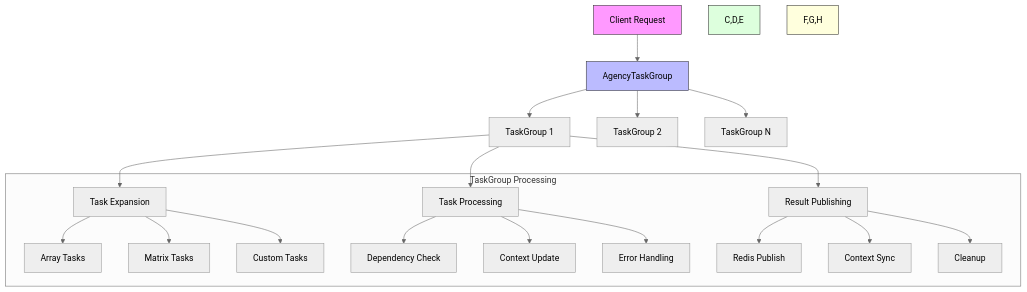
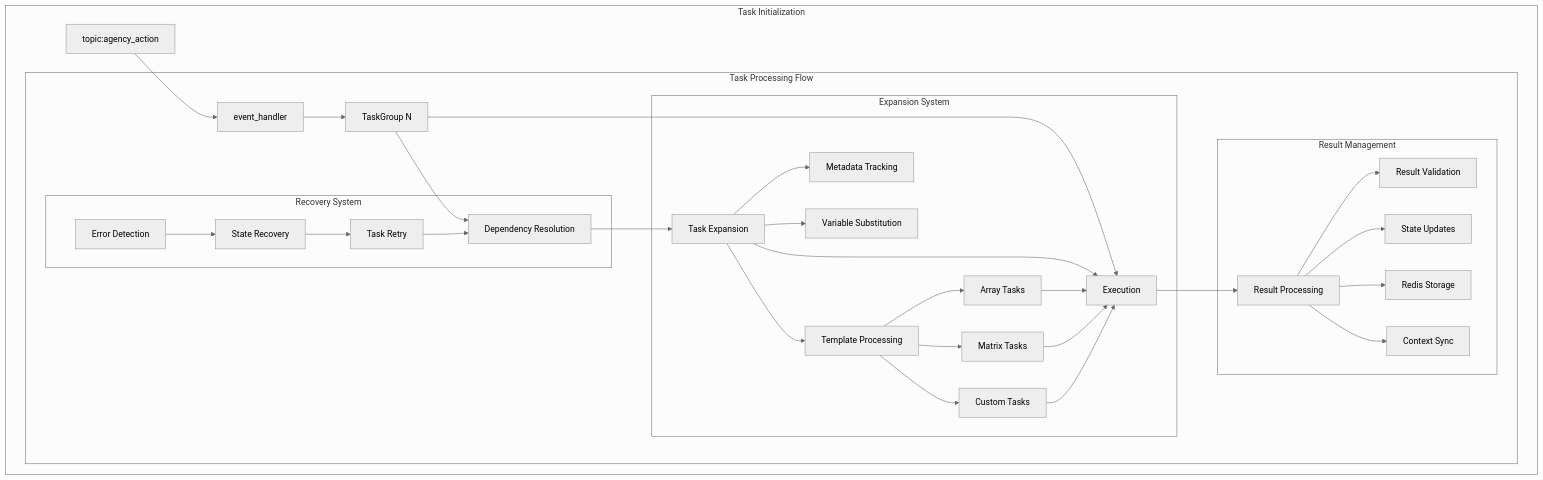
One commit to TheIntentNetwork/AgentWorkflowService changed the first of 11 diagrams in Documents/TaskProcessingSystem.md. Above: the diagram before and after it, drawn with Mermaid (neutral theme). The commit also changed other lines of this file and 72 other files, not shown here.

Commit message:
Updated to task_group with full distibution. Need to fix task expansion/array mapping.

````diff
--- a/Documents/TaskProcessingSystem.md
+++ b/Documents/TaskProcessingSystem.md
@@ -6,30 +6,46 @@
 ```mermaid
 graph TB
-    A[Client Request] --> B[AgencyTaskGroup]
-    B --> C[TaskGroup 1]
-    B --> D[TaskGroup 2]
-    B --> E[TaskGroup N]
-    
-    C --> F[Task Expansion]
-    C --> G[Task Processing]
-    C --> H[Result Publishing]
-    
-    subgraph "TaskGroup Processing"
-        F --> I[Array Tasks]
-        F --> J[Matrix Tasks]
-        F --> K[Custom Tasks]
-        
-        G --> L[Dependency Check]
-        G --> M[Context Update]
-        G --> N[Error Handling]
-        
-        H --> O[Redis Publish]
-        H --> P[Context Sync]
-        H --> Q[Cleanup]
-    end
-    
-    style A fill:#f9f,stroke:#333
-    style B fill:#bbf,stroke:#333
-    style C,D,E fill:#dfd,stroke:#333
-    style F,G,H fill:#ffd,stroke:#333
+    subgraph "Task Initialization"
+        A[topic:agency_action] --> B[event_handler]
+
+        subgraph "Task Processing Flow"
+            B --> F[TaskGroup N]
+            F --> I[Task Processor]
+            F --> G[Dependency Resolution]
+            G --> H[Task Expansion]
+            H --> I[Execution]
+            I --> J[Result Processing]
+            
+            subgraph "Expansion System"
+                H --> H1[Template Processing]
+                H --> H2[Metadata Tracking]
+                H --> H3[Variable Substitution]
+                
+                H1 --> H4[Array Tasks]
+                H1 --> H5[Matrix Tasks]
+                H1 --> H6[Custom Tasks]
+                
+                H4 --> I
+                H5 --> I
+                H6 --> I
+            end
+            
+            subgraph "Result Management"
+                J --> J1[Result Validation]
+                J --> J2[State Updates]
+                J --> J3[Redis Storage]
+                J --> J4[Context Sync]
+            end
+            
+            subgraph "Recovery System"
+                K[Error Detection]
+                L[State Recovery]
+                M[Task Retry]
+                
+                K --> L
+                L --> M
+                M --> G
+            end
+        end
+    end 
 ```
````
